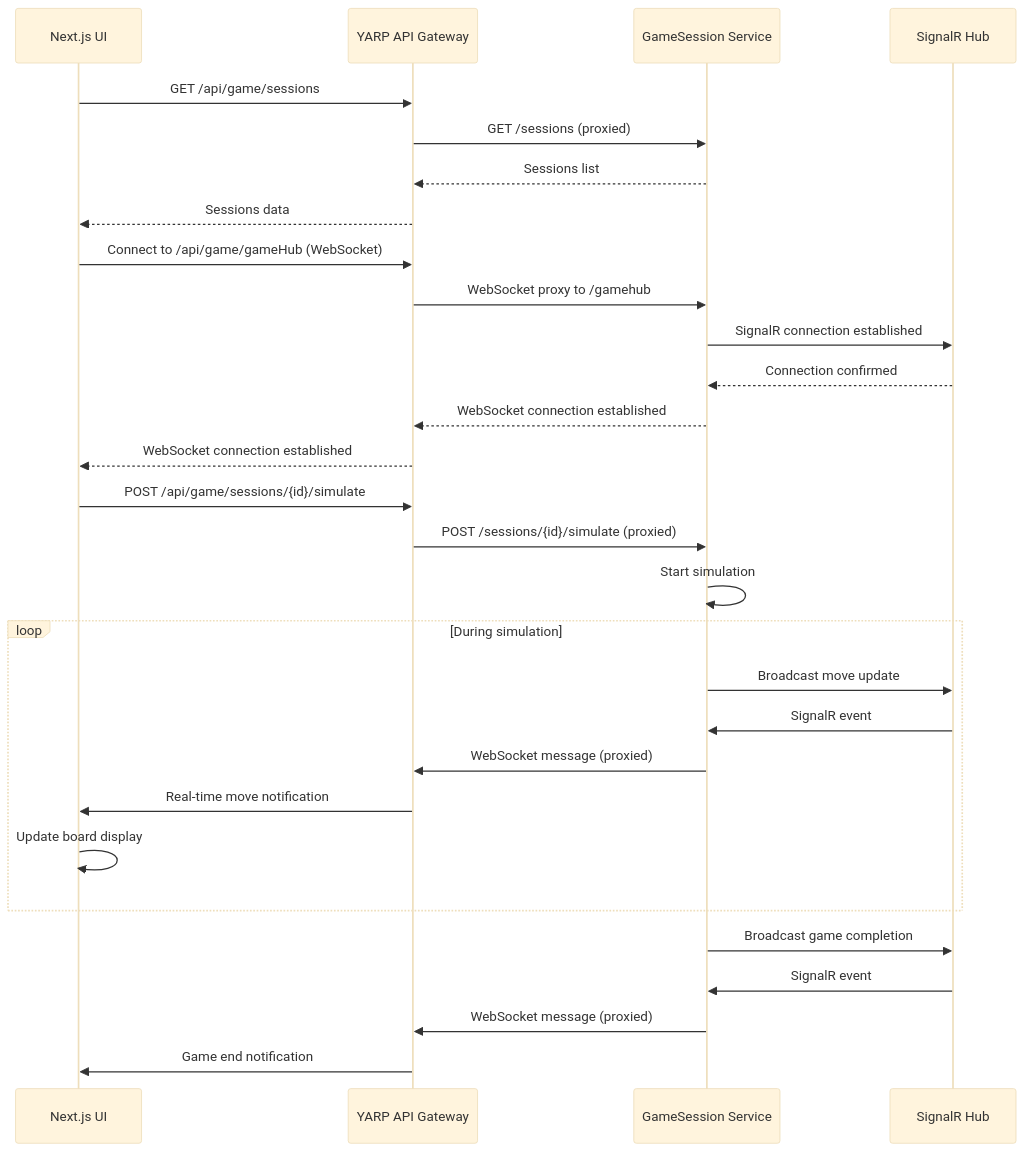
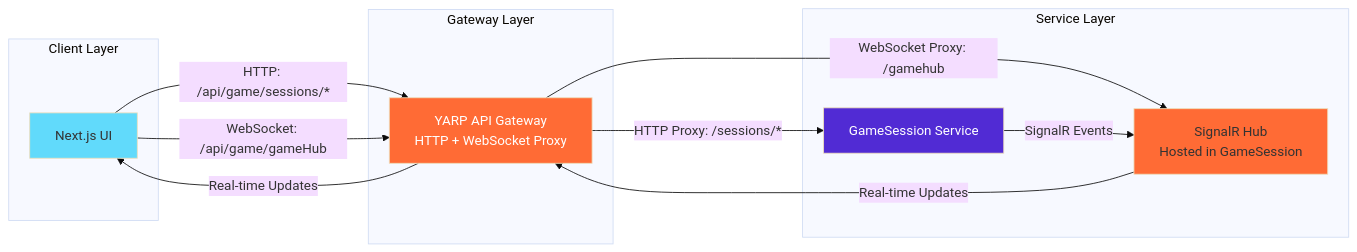
One commit to dmitrycx/TicTacToe changed the third of 6 diagrams in README.md. Above: the diagram before and after it, drawn with Mermaid (base theme). The commit also changed other lines of this file and 30 other files, not shown here.

````diff
--- a/README.md
+++ b/README.md
@@ -94,36 +103,35 @@
 ```mermaid
-sequenceDiagram
-    participant UI as Next.js UI
-    participant YARP as YARP API Gateway
-    participant GS as GameSession Service
-    participant SR as SignalR Hub
-    
-    UI->>YARP: GET /api/game/sessions
-    YARP->>GS: GET /sessions (proxied)
-    GS-->>YARP: Sessions list
-    YARP-->>UI: Sessions data
-    
-    UI->>YARP: Connect to /api/game/gameHub (WebSocket)
-    YARP->>GS: WebSocket proxy to /gamehub
-    GS->>SR: SignalR connection established
-    SR-->>GS: Connection confirmed
-    GS-->>YARP: WebSocket connection established
-    YARP-->>UI: WebSocket connection established
-    
-    UI->>YARP: POST /api/game/sessions/{id}/simulate
-    YARP->>GS: POST /sessions/{id}/simulate (proxied)
-    GS->>GS: Start simulation
-    
-    loop During simulation
-        GS->>SR: Broadcast move update
-        SR->>GS: SignalR event
-        GS->>YARP: WebSocket message (proxied)
-        YARP->>UI: Real-time move notification
-        UI->>UI: Update board display
+graph LR
+    subgraph "Client Layer"
+        UI[Next.js UI]
     end
     
-    GS->>SR: Broadcast game completion
-    SR->>GS: SignalR event
-    GS->>YARP: WebSocket message (proxied)
-    YARP->>UI: Game end notification
+    subgraph "Gateway Layer"
+        YARP[YARP API Gateway<br/>HTTP + WebSocket Proxy]
+    end
+    
+    subgraph "Service Layer"
+        GS[GameSession Service]
+        SR[SignalR Hub<br/>Hosted in GameSession]
+    end
+    
+    %% Client connections through gateway
+    UI -->|HTTP: /api/game/sessions/*| YARP
+    UI -->|WebSocket: /api/game/gameHub| YARP
+    
+    %% Gateway proxy connections
+    YARP -->|HTTP Proxy: /sessions/*| GS
+    YARP -->|WebSocket Proxy: /gamehub| SR
+    
+    %% Internal service communication
+    GS -->|SignalR Events| SR
+    
+    %% Real-time updates flow
+    SR -->|Real-time Updates| YARP
+    YARP -->|Real-time Updates| UI
+    
+    style UI fill:#61DAFB
+    style YARP fill:#FF6B35,color:#fff
+    style GS fill:#512BD4,color:#fff
+    style SR fill:#FF6B35
 ```
````
